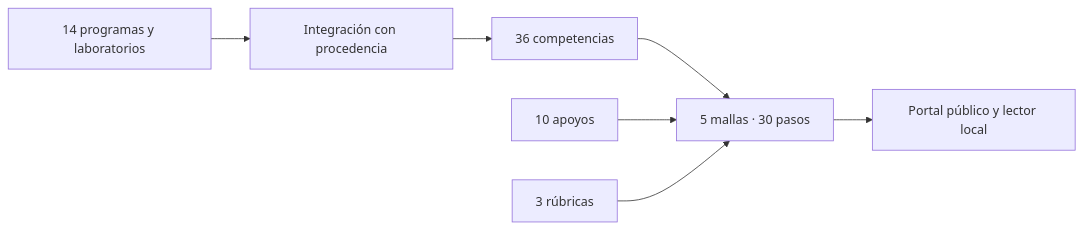
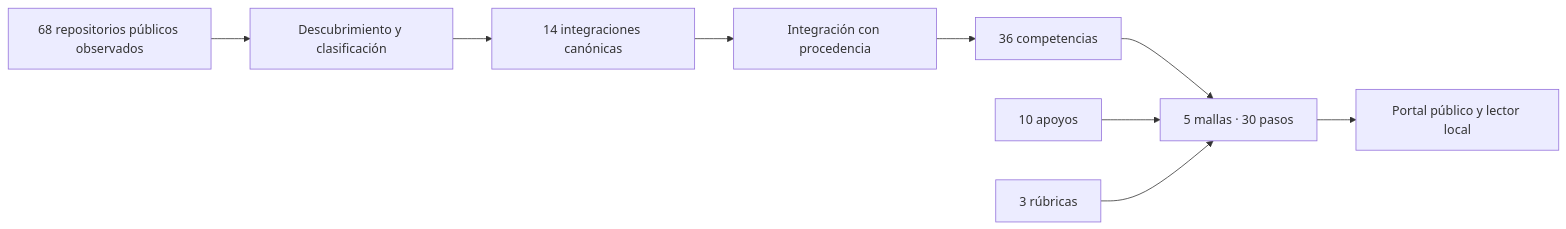
Before and after one commit to vladimiracunadev-create/lifelong-learning-ecosystem: the diagram in README.md, drawn with Mermaid. The commit also changed other lines of this file and 18 other files, not shown here.

````diff
--- a/README.md
+++ b/README.md
@@ -30,9 +30,11 @@
 ```mermaid
 flowchart LR
-    P[14 programas y laboratorios] --> I[Integración con procedencia]
+    U[68 repositorios públicos observados] --> D[Descubrimiento y clasificación]
+    D --> P[14 integraciones canónicas]
+    P --> I[Integración con procedencia]
     I --> C[36 competencias]
     C --> M[5 mallas · 30 pasos]
     A[10 apoyos] --> M
     R[3 rúbricas] --> M
     M --> L[Portal público y lector local]
 ```
````
